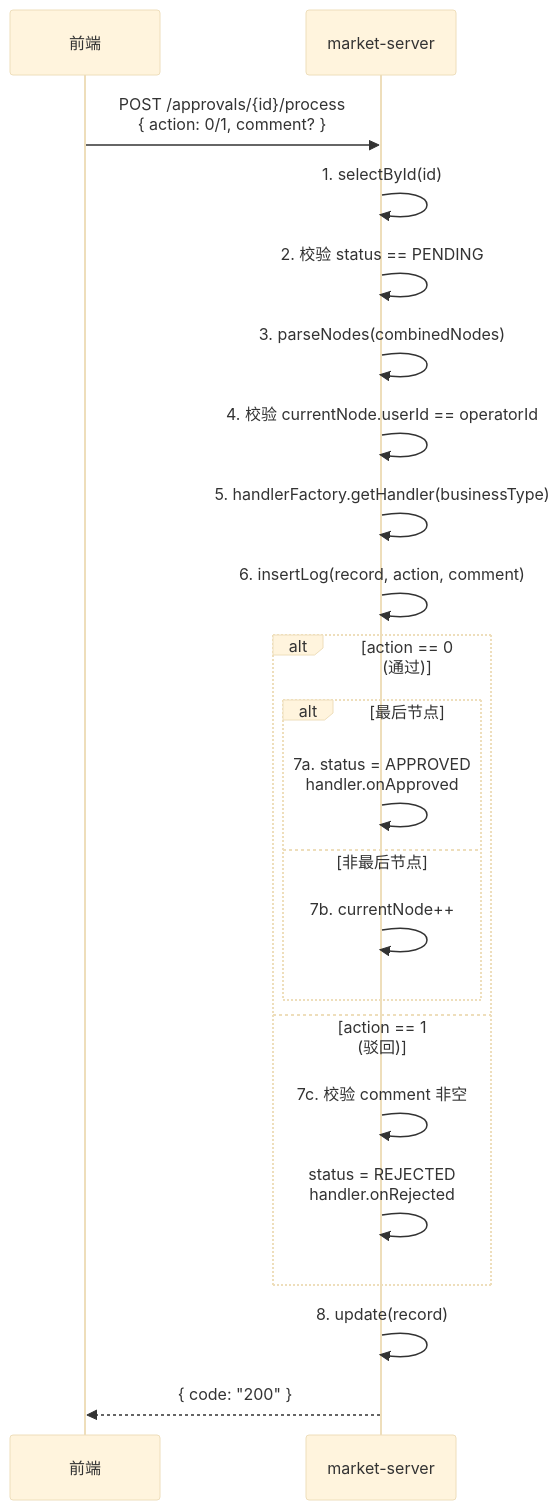
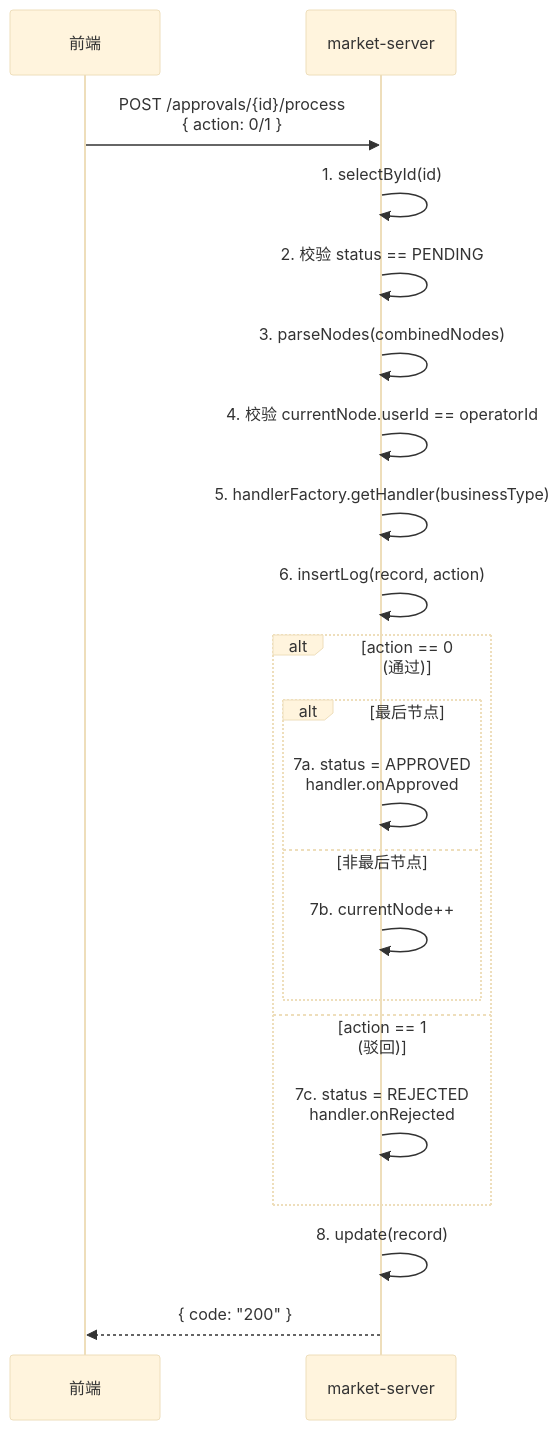
Before and after one commit to THZSummer/open-app: the sixth of 8 diagrams in docs/market-server/approval-management-requirement.md, drawn with Mermaid (base theme). The commit also changed other lines of this file and 2 other files, not shown here.

First line of the commit message:
docs: 更新审批操作交互方式 + 效果图 v9

````diff
--- a/docs/market-server/approval-management-requirement.md
+++ b/docs/market-server/approval-management-requirement.md
@@ -520,25 +519,24 @@
 ```mermaid
 sequenceDiagram
     participant FE as 前端
     participant MS as market-server
 
-    FE->>MS: POST /approvals/{id}/process<br/>{ action: 0/1, comment? }
+    FE->>MS: POST /approvals/{id}/process<br/>{ action: 0/1 }
     MS->>MS: 1. selectById(id)
     MS->>MS: 2. 校验 status == PENDING
     MS->>MS: 3. parseNodes(combinedNodes)
     MS->>MS: 4. 校验 currentNode.userId == operatorId
     MS->>MS: 5. handlerFactory.getHandler(businessType)
-    MS->>MS: 6. insertLog(record, action, comment)
+    MS->>MS: 6. insertLog(record, action)
     alt action == 0 (通过)
         alt 最后节点
             MS->>MS: 7a. status = APPROVED<br/>handler.onApproved
         else 非最后节点
             MS->>MS: 7b. currentNode++
         end
     else action == 1 (驳回)
-        MS->>MS: 7c. 校验 comment 非空
-        MS->>MS: status = REJECTED<br/>handler.onRejected
+        MS->>MS: 7c. status = REJECTED<br/>handler.onRejected
     end
     MS->>MS: 8. update(record)
     MS-->>FE: { code: "200" }
 ```
````
